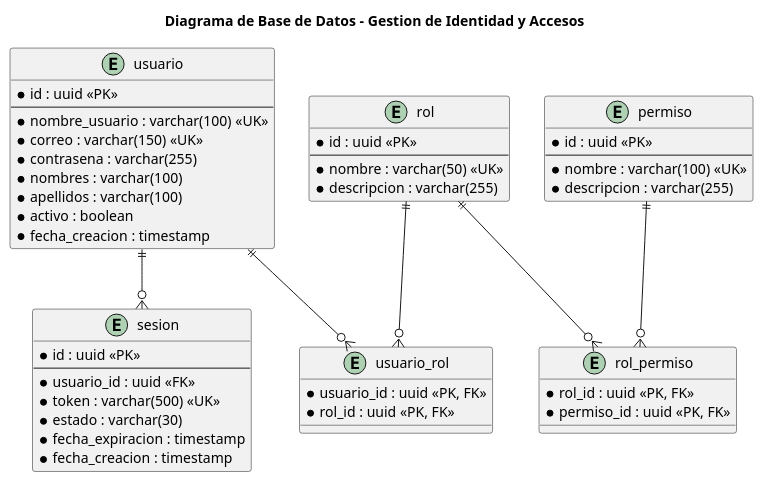
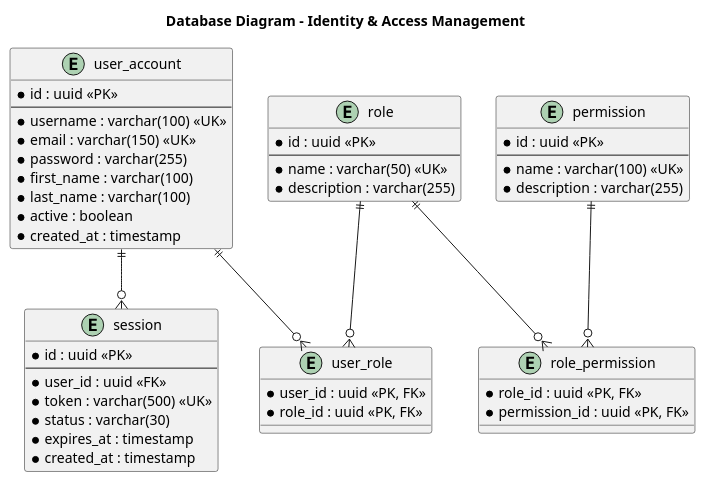
Before and after one commit to TechMakers-upc/Report: the diagram in report/assets/diagrams/database-diagram/database-diagram-BC1.puml, drawn with PlantUML. The commit also changed 30 other files, not shown here.

Commit message:
fix(report): fix conventions in class, database, and c4 diagrams

```diff
--- a/report/assets/diagrams/database-diagram/database-diagram-BC1.puml
+++ b/report/assets/diagrams/database-diagram/database-diagram-BC1.puml
@@ -1,65 +1,65 @@
 @startuml
-title Diagrama de Base de Datos - Gestion de Identidad y Accesos
+title Database Diagram - Identity & Access Management
 
 ' tabla de usuarios del sistema
-entity "usuario" as usuario {
+entity "user_account" as user_account {
     * id : uuid <<PK>>
     --
-    * nombre_usuario : varchar(100) <<UK>>
-    * correo : varchar(150) <<UK>>
-    * contrasena : varchar(255)
-    * nombres : varchar(100)
-    * apellidos : varchar(100)
-    * activo : boolean
-    * fecha_creacion : timestamp
+    * username : varchar(100) <<UK>>
+    * email : varchar(150) <<UK>>
+    * password : varchar(255)
+    * first_name : varchar(100)
+    * last_name : varchar(100)
+    * active : boolean
+    * created_at : timestamp
 }
 
 ' roles asignables
-entity "rol" as rol {
+entity "role" as role {
     * id : uuid <<PK>>
     --
-    * nombre : varchar(50) <<UK>>
-    * descripcion : varchar(255)
+    * name : varchar(50) <<UK>>
+    * description : varchar(255)
 }
 
 ' catalogo de permisos
-entity "permiso" as permiso {
+entity "permission" as permission {
     * id : uuid <<PK>>
     --
-    * nombre : varchar(100) <<UK>>
-    * descripcion : varchar(255)
+    * name : varchar(100) <<UK>>
+    * description : varchar(255)
 }
 
 ' tabla intermedia para roles de usuario
-entity "usuario_rol" as usuario_rol {
-    * usuario_id : uuid <<PK, FK>>
-    * rol_id : uuid <<PK, FK>>
+entity "user_role" as user_role {
+    * user_id : uuid <<PK, FK>>
+    * role_id : uuid <<PK, FK>>
 }
 
 ' tabla intermedia para permisos por rol
-entity "rol_permiso" as rol_permiso {
-    * rol_id : uuid <<PK, FK>>
-    * permiso_id : uuid <<PK, FK>>
+entity "role_permission" as role_permission {
+    * role_id : uuid <<PK, FK>>
+    * permission_id : uuid <<PK, FK>>
 }
 
 ' registro de sesiones activas
-entity "sesion" as sesion {
+entity "session" as session {
     * id : uuid <<PK>>
     --
-    * usuario_id : uuid <<FK>>
+    * user_id : uuid <<FK>>
     * token : varchar(500) <<UK>>
-    * estado : varchar(30)
-    * fecha_expiracion : timestamp
-    * fecha_creacion : timestamp
+    * status : varchar(30)
+    * expires_at : timestamp
+    * created_at : timestamp
 }
 
 ' relaciones de muchos a muchos
-usuario ||--o{ usuario_rol
-rol ||--o{ usuario_rol
+user_account ||--o{ user_role
+role ||--o{ user_role
 
-rol ||--o{ rol_permiso
-permiso ||--o{ rol_permiso
+role ||--o{ role_permission
+permission ||--o{ role_permission
 
 ' relacion de sesiones por usuario
-usuario ||--o{ sesion
+user_account ||--o{ session
 @enduml
```
